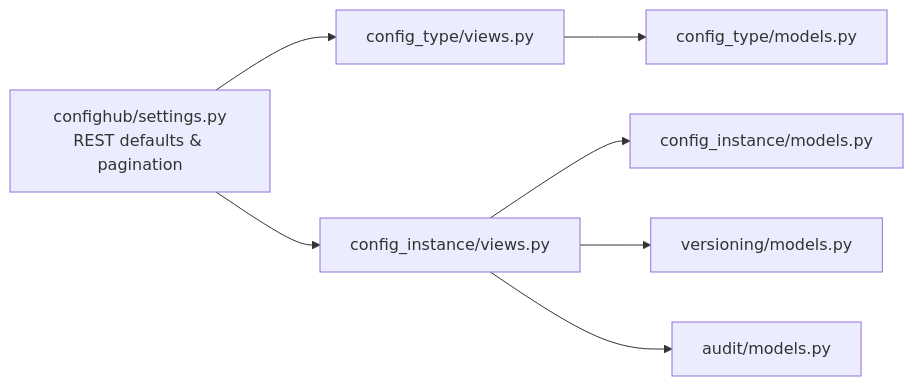
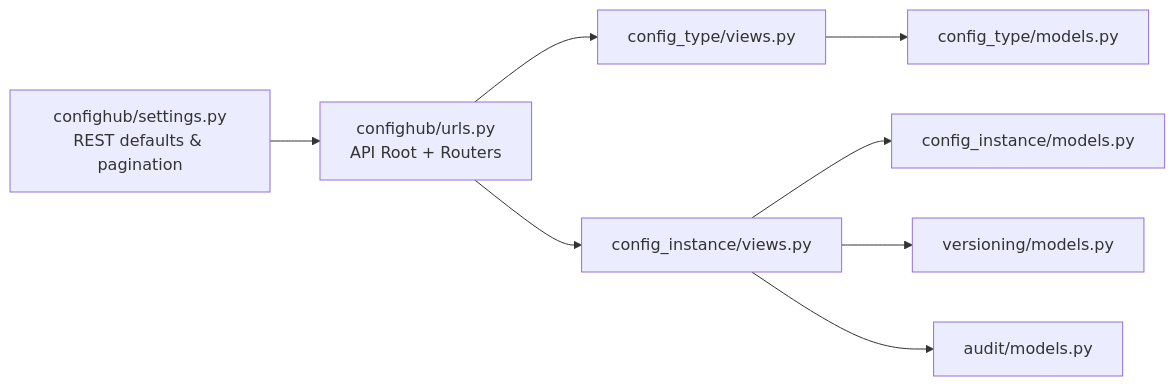
Before and after one commit to fengyong/ai-ops: the third of 3 diagrams in .qoder/repowiki/en/content/Backend API Documentation/Backend API Documentation.md, drawn with Mermaid. The commit also changed other lines of this file and 7 other files, not shown here.

````diff
--- a/.qoder/repowiki/en/content/Backend API Documentation/Backend API Documentation.md
+++ b/.qoder/repowiki/en/content/Backend API Documentation/Backend API Documentation.md
@@ -284,9 +334,10 @@
 ```mermaid
 graph LR
-Settings["confighub/settings.py<br/>REST defaults & pagination"] --> Types["config_type/views.py"]
-Settings --> Instances["config_instance/views.py"]
+Settings["confighub/settings.py<br/>REST defaults & pagination"] --> Root["confighub/urls.py<br/>API Root + Routers"]
+Root --> Types["config_type/views.py"]
+Root --> Instances["config_instance/views.py"]
 Types --> CTModels["config_type/models.py"]
 Instances --> CIModeuls["config_instance/models.py"]
 Instances --> Versions["versioning/models.py"]
 Instances --> Audit["audit/models.py"]
 ```
````
